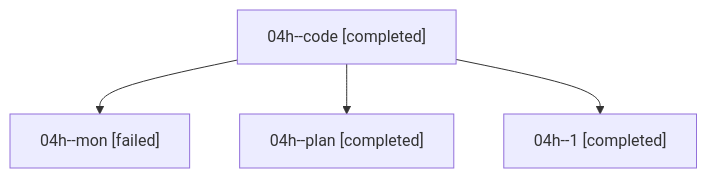
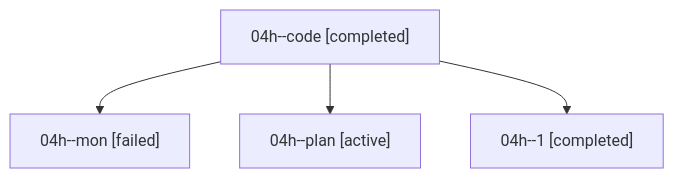
The diagram in families/bbugyi200.athena.04h.md (sase-org/sase--agents), drawn with Mermaid before and after one commit. The commit also changed other lines of this file and 35830 other files, not shown here.

````diff
--- a/families/bbugyi200.athena.04h.md
+++ b/families/bbugyi200.athena.04h.md
@@ -9,10 +9,10 @@
 ```mermaid
 flowchart TD
   n0["04h--code [completed]"]
   n1["04h--mon [failed]"]
   n0 --> n1
-  n2["04h--plan [completed]"]
+  n2["04h--plan [active]"]
   n0 --> n2
   n3["04h--1 [completed]"]
   n0 --> n3
 ```
````
